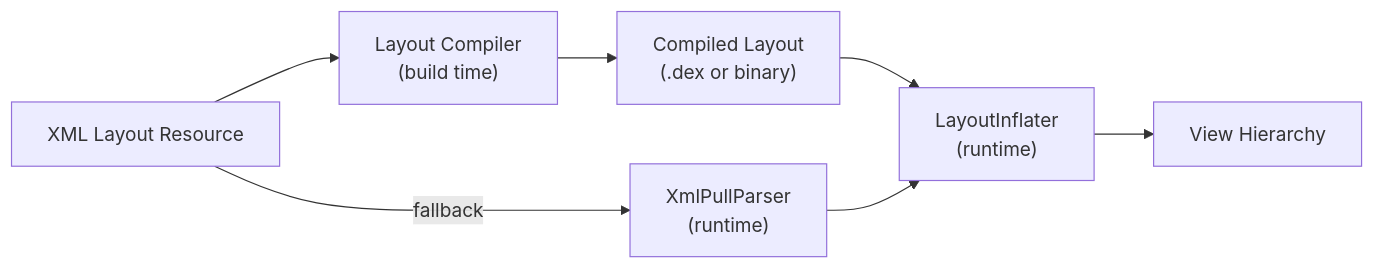
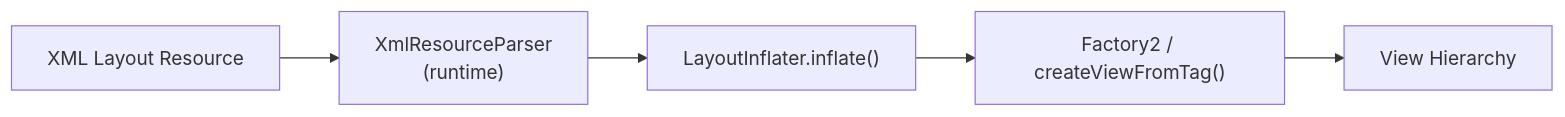
Before and after one commit to aospbooks/aosp-internal-book: diagram 36 of 40 in 25-view-system.md, drawn with Mermaid. The commit also changed other lines of this file and 232 other files, not shown here.

````diff
--- a/25-view-system.md
+++ b/25-view-system.md
@@ -2662,10 +2717,7 @@
 ```mermaid
 graph LR
-    XML["XML Layout Resource"] --> Compiler["Layout Compiler<br/>(build time)"]
-    Compiler --> Dex["Compiled Layout<br/>(.dex or binary)"]
-    Dex --> Inflater["LayoutInflater<br/>(runtime)"]
-    Inflater --> ViewTree["View Hierarchy"]
-
-    XML -->|"fallback"| Parser["XmlPullParser<br/>(runtime)"]
-    Parser --> Inflater
+    XML["XML Layout Resource"] --> Parser["XmlResourceParser<br/>(runtime)"]
+    Parser --> Inflater["LayoutInflater.inflate()"]
+    Inflater --> Factory["Factory2 / createViewFromTag()"]
+    Factory --> ViewTree["View Hierarchy"]
 ```
````
